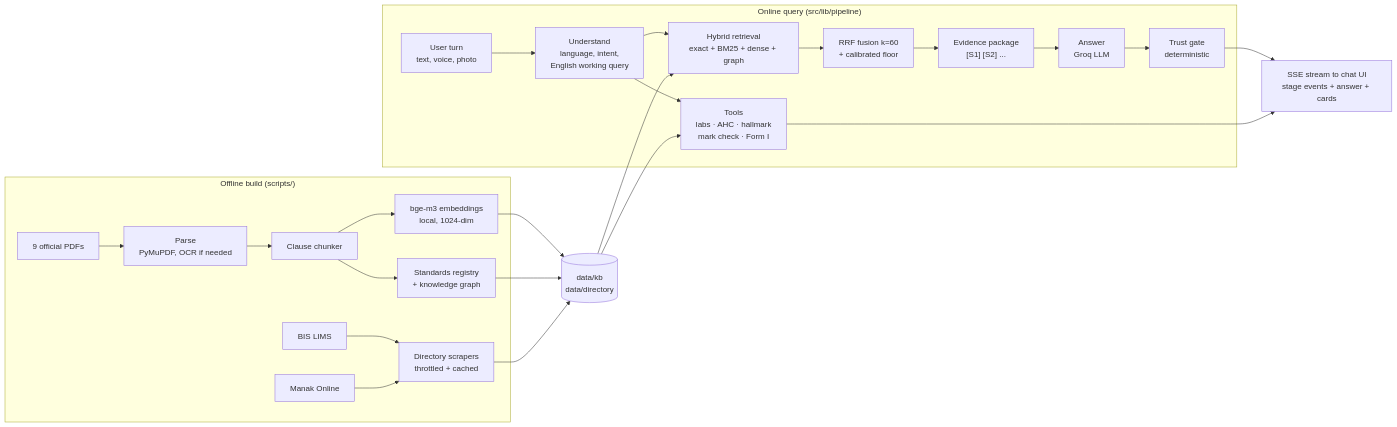
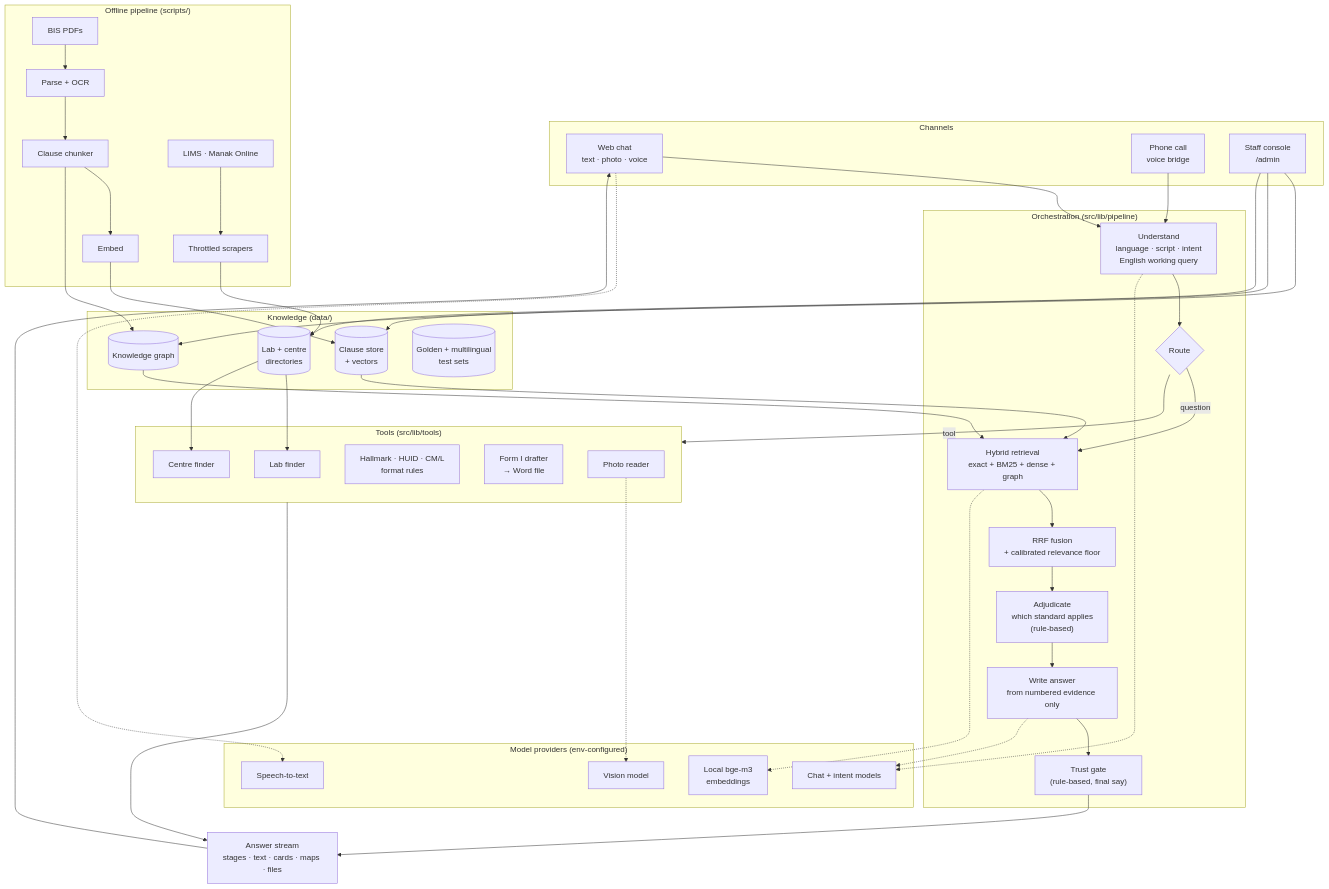
The diagram in README.md (arp1tz/BISVEDA), drawn with Mermaid before and after one commit. The commit also changed other lines of this file and 6 other files, not shown here.

Commit message:
docs: README for the full-scale architecture; keep submission and research files local

````diff
--- a/README.md
+++ b/README.md
@@ -61,30 +53,67 @@
 ```mermaid
-flowchart LR
-  subgraph OFF["Offline build (scripts/)"]
-    PDF["9 official PDFs"] --> PARSE["Parse<br/>PyMuPDF, OCR if needed"]
-    PARSE --> CHUNK["Clause chunker"]
-    CHUNK --> EMB["bge-m3 embeddings<br/>local, 1024-dim"]
-    CHUNK --> GRAPH["Standards registry<br/>+ knowledge graph"]
-    LIMS["BIS LIMS"] --> DIR["Directory scrapers<br/>throttled + cached"]
-    MANAK["Manak Online"] --> DIR
+flowchart TB
+  subgraph CH["Channels"]
+    WEB["Web chat<br/>text · photo · voice"]
+    PHONE["Phone call<br/>voice bridge"]
+    STAFF["Staff console<br/>/admin"]
   end
 
-  EMB --> KB[("data/kb<br/>data/directory")]
-  GRAPH --> KB
-  DIR --> KB
-
-  subgraph ON["Online query (src/lib/pipeline)"]
-    Q["User turn<br/>text, voice, photo"] --> U["Understand<br/>language, intent,<br/>English working query"]
-    U --> T["Tools<br/>labs · AHC · hallmark<br/>mark check · Form I"]
-    U --> R["Hybrid retrieval<br/>exact + BM25 + dense + graph"]
-    R --> F["RRF fusion k=60<br/>+ calibrated floor"]
-    F --> P["Evidence package<br/>[S1] [S2] ..."]
-    P --> A["Answer<br/>Groq LLM"]
-    A --> G["Trust gate<br/>deterministic"]
+  subgraph ORCH["Orchestration  (src/lib/pipeline)"]
+    UND["Understand<br/>language · script · intent<br/>English working query"]
+    ROUTE{"Route"}
+    RET["Hybrid retrieval<br/>exact + BM25 + dense + graph"]
+    FUSE["RRF fusion<br/>+ calibrated relevance floor"]
+    ADJ["Adjudicate<br/>which standard applies<br/>(rule-based)"]
+    GEN["Write answer<br/>from numbered evidence only"]
+    TRUST["Trust gate<br/>(rule-based, final say)"]
   end
 
-  KB --> R
-  KB --> T
-  G --> OUT["SSE stream to chat UI<br/>stage events + answer + cards"]
-  T --> OUT
+  subgraph TOOLS["Tools  (src/lib/tools)"]
+    LABS["Lab finder"]
+    AHC["Centre finder"]
+    MARK["Hallmark · HUID · CM/L<br/>format rules"]
+    FORM["Form I drafter<br/>→ Word file"]
+    VIS["Photo reader"]
+  end
+
+  subgraph KNOW["Knowledge  (data/)"]
+    KB[("Clause store<br/>+ vectors")]
+    GRAPH[("Knowledge graph")]
+    DIR[("Lab + centre<br/>directories")]
+    EVAL[("Golden + multilingual<br/>test sets")]
+  end
+
+  subgraph MODELS["Model providers  (env-configured)"]
+    LLM["Chat + intent models"]
+    STT["Speech-to-text"]
+    VLM["Vision model"]
+    EMB["Local bge-m3<br/>embeddings"]
+  end
+
+  subgraph OFF["Offline pipeline  (scripts/)"]
+    PDF["BIS PDFs"] --> PARSE["Parse + OCR"] --> CHUNK["Clause chunker"] --> EMBED["Embed"]
+    PORTALS["LIMS · Manak Online"] --> SCRAPE["Throttled scrapers"]
+  end
+
+  WEB --> UND
+  PHONE --> UND
+  UND --> ROUTE
+  ROUTE -->|question| RET --> FUSE --> ADJ --> GEN --> TRUST
+  ROUTE -->|tool| TOOLS
+  TOOLS --> OUT["Answer stream<br/>stages · text · cards · maps · files"]
+  TRUST --> OUT
+  OUT --> WEB
+
+  KB --> RET
+  GRAPH --> RET
+  DIR --> LABS & AHC
+  STAFF --> KB & GRAPH & DIR
+  EMBED --> KB
+  CHUNK --> GRAPH
+  SCRAPE --> DIR
+  UND -.-> LLM
+  GEN -.-> LLM
+  WEB -.-> STT
+  VIS -.-> VLM
+  RET -.-> EMB
 ```
````
